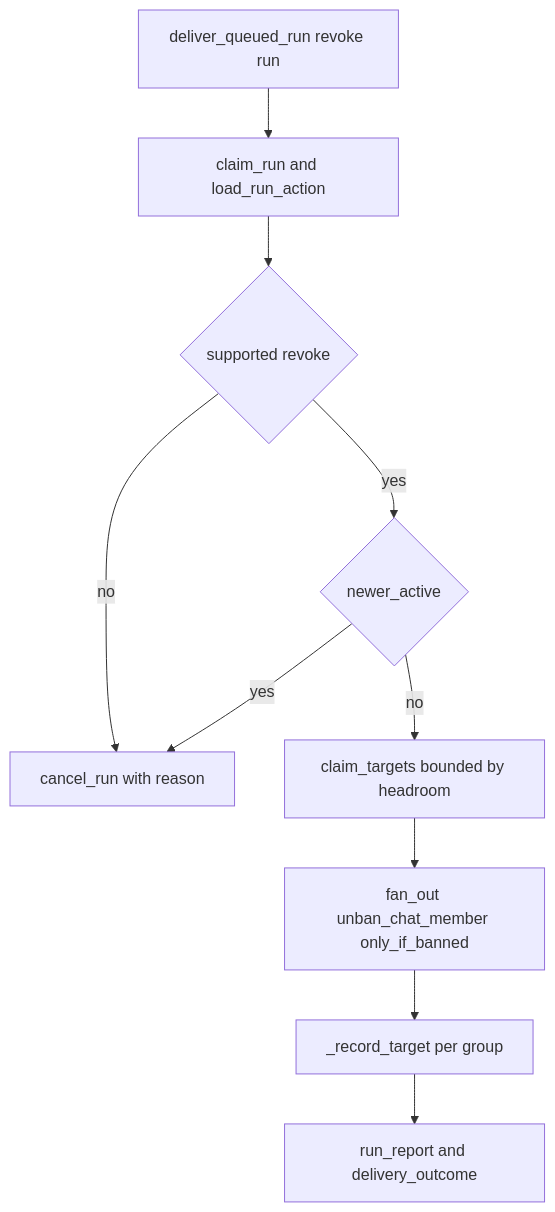
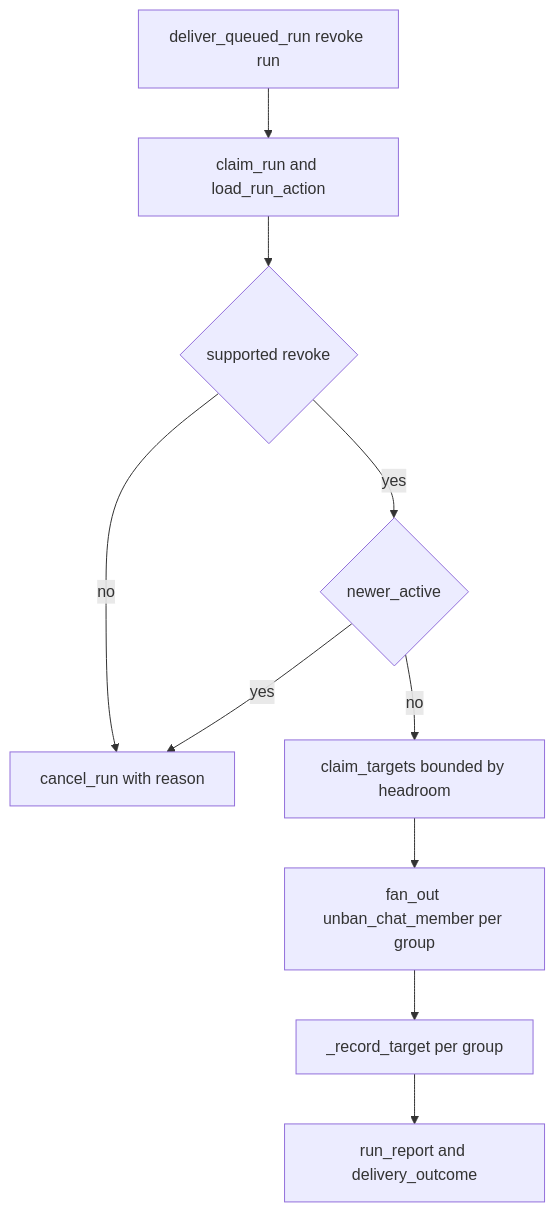
The third of 4 diagrams in docs/flows/unbanning.md (D1ZZY4/tcbot), drawn with Mermaid before and after one commit. The commit also changed 17 other files, not shown here.

````diff
--- a/docs/flows/unbanning.md
+++ b/docs/flows/unbanning.md
@@ -118,12 +118,12 @@
 ```mermaid
 flowchart TD
     DEL[deliver_queued_run revoke run] --> CLAIM[claim_run and load_run_action]
     CLAIM --> SUPPORTED{supported revoke}
     SUPPORTED -->|no| CANCEL[cancel_run with reason]
     SUPPORTED -->|yes| NEWER{newer_active}
     NEWER -->|yes| CANCEL
     NEWER -->|no| TARGETS[claim_targets bounded by headroom]
-    TARGETS --> FAN[fan_out unban_chat_member only_if_banned]
+    TARGETS --> FAN[fan_out unban_chat_member per group]
     FAN --> RECORD[_record_target per group]
     RECORD --> REPORT[run_report and delivery_outcome]
 ```
````
